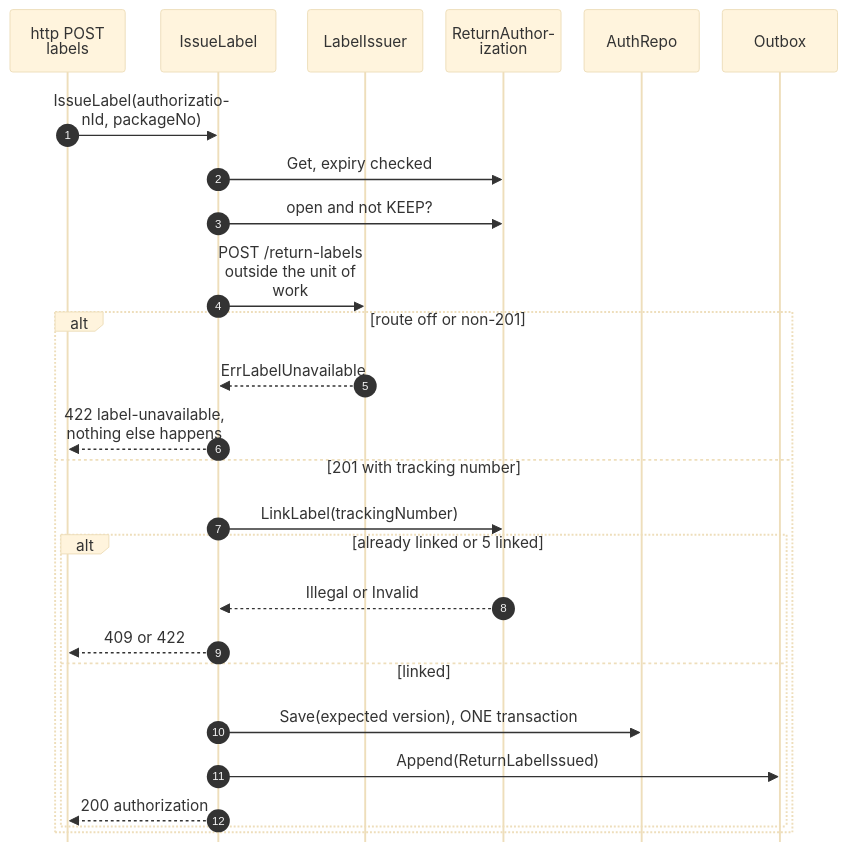
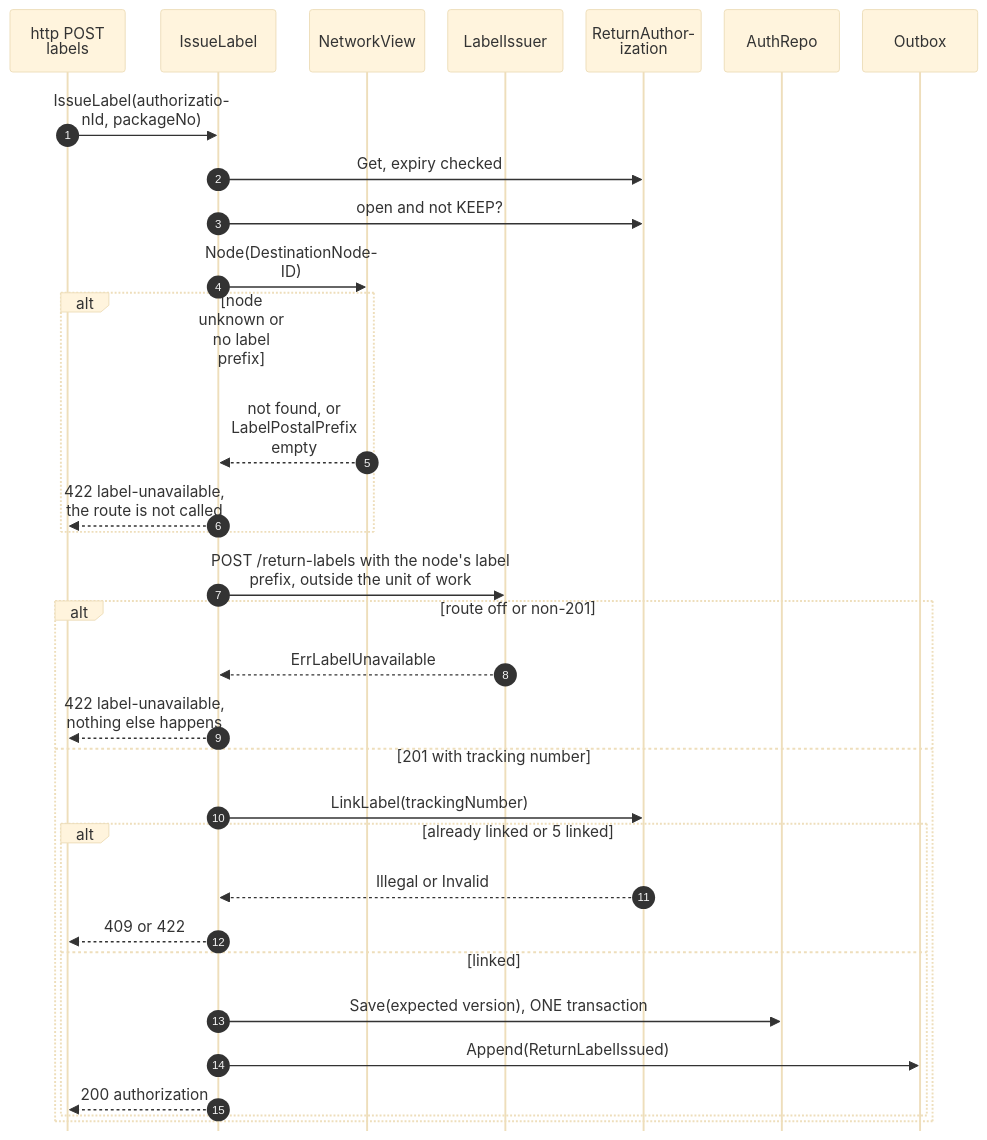
One commit to IQVO/customer-returns changed the second of 4 diagrams in docs/docs/ddd/sequence-diagrams.md. Above: the diagram before and after it, drawn with Mermaid (base theme). The commit also changed other lines of this file and 13 other files, not shown here.

First line of the commit message:
docs: the label call names the destination node's prefix, and how to rebuild it

````diff
--- a/docs/docs/ddd/sequence-diagrams.md
+++ b/docs/docs/ddd/sequence-diagrams.md
@@ -63,29 +63,35 @@
 ```mermaid
 %%{init: {"sequence": {"wrap": true, "width": 120, "actorMargin": 24, "messageMargin": 28, "boxMargin": 6, "noteMargin": 6, "mirrorActors": false}}}%%
 sequenceDiagram
     autonumber
     participant H as http POST labels
     participant UC as IssueLabel
+    participant N as NetworkView
     participant L as LabelIssuer
     participant A as ReturnAuthorization
     participant R as AuthRepo
     participant OB as Outbox
     H->>UC: IssueLabel(authorizationId, packageNo)
     UC->>A: Get, expiry checked
     UC->>A: open and not KEEP?
-    UC->>L: POST /return-labels outside the unit of work
+    UC->>N: Node(DestinationNodeID)
+    alt node unknown or no label prefix
+        N-->>UC: not found, or LabelPostalPrefix empty
+        UC-->>H: 422 label-unavailable, the route is not called
+    end
+    UC->>L: POST /return-labels with the node's label prefix, outside the unit of work
     alt route off or non-201
         L-->>UC: ErrLabelUnavailable
         UC-->>H: 422 label-unavailable, nothing else happens
     else 201 with tracking number
         UC->>A: LinkLabel(trackingNumber)
         alt already linked or 5 linked
             A-->>UC: Illegal or Invalid
             UC-->>H: 409 or 422
         else linked
             UC->>R: Save(expected version), ONE transaction
             UC->>OB: Append(ReturnLabelIssued)
             UC-->>H: 200 authorization
         end
     end
 ```
````
